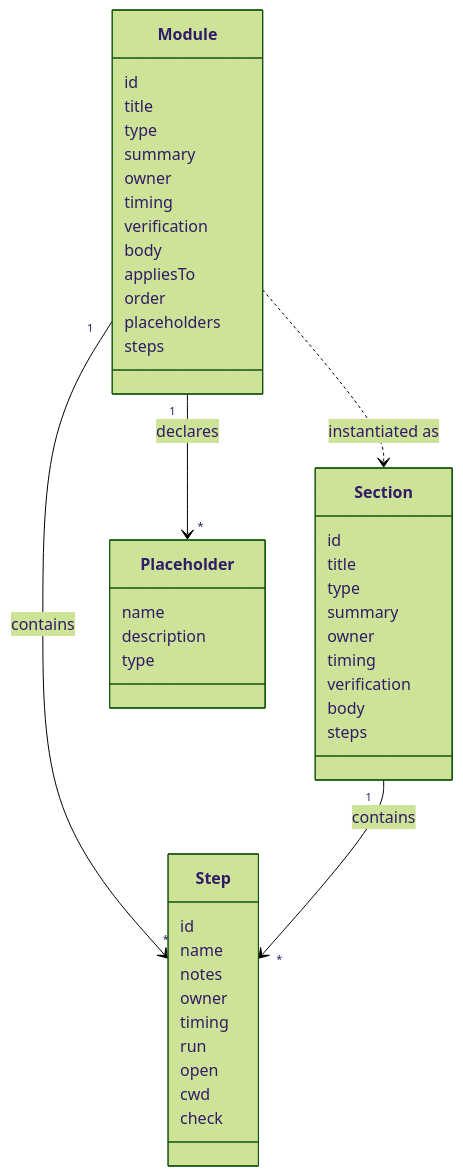
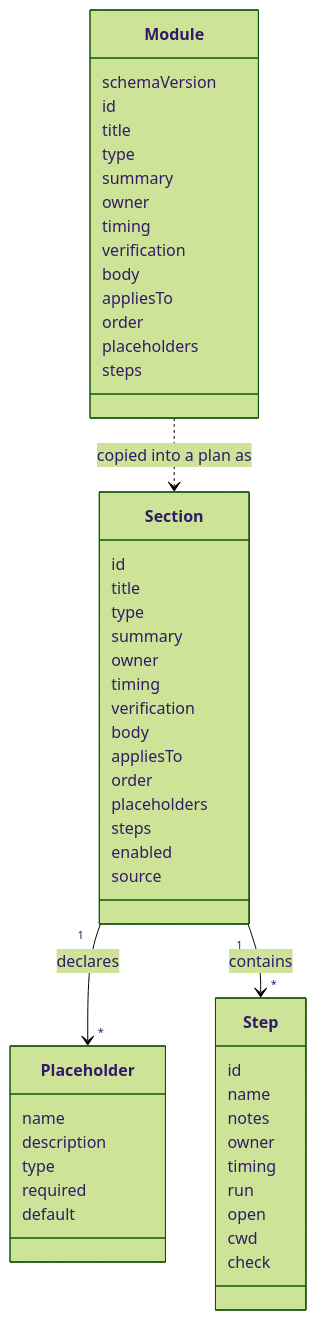
One commit to 8thlight-daveloper/onboard-kit changed the diagram in docs/architecture/05-module-schema.md. Above: the diagram before and after it, drawn with Mermaid (forest theme). The commit also changed other lines of this file and 4 other files, not shown here.

Commit message:
Hold every module as a section in the plan and add format, versioning, and hash rules

````diff
--- a/docs/architecture/05-module-schema.md
+++ b/docs/architecture/05-module-schema.md
@@ -7,49 +7,56 @@
 ```mermaid
 classDiagram
     class Module {
+        schemaVersion
         id
         title
         type
         summary
         owner
         timing
         verification
         body
         appliesTo
         order
         placeholders
         steps
     }
     class Section {
         id
         title
         type
         summary
         owner
         timing
         verification
         body
+        appliesTo
+        order
+        placeholders
         steps
+        enabled
+        source
     }
     class Step {
         id
         name
         notes
         owner
         timing
         run
         open
         cwd
         check
     }
     class Placeholder {
         name
         description
         type
+        required
+        default
     }
 
-    Module ..> Section : instantiated as
-    Module "1" --> "*" Placeholder : declares
-    Module "1" --> "*" Step : contains
+    Module ..> Section : copied into a plan as
+    Section "1" --> "*" Placeholder : declares
     Section "1" --> "*" Step : contains
 ```
````
